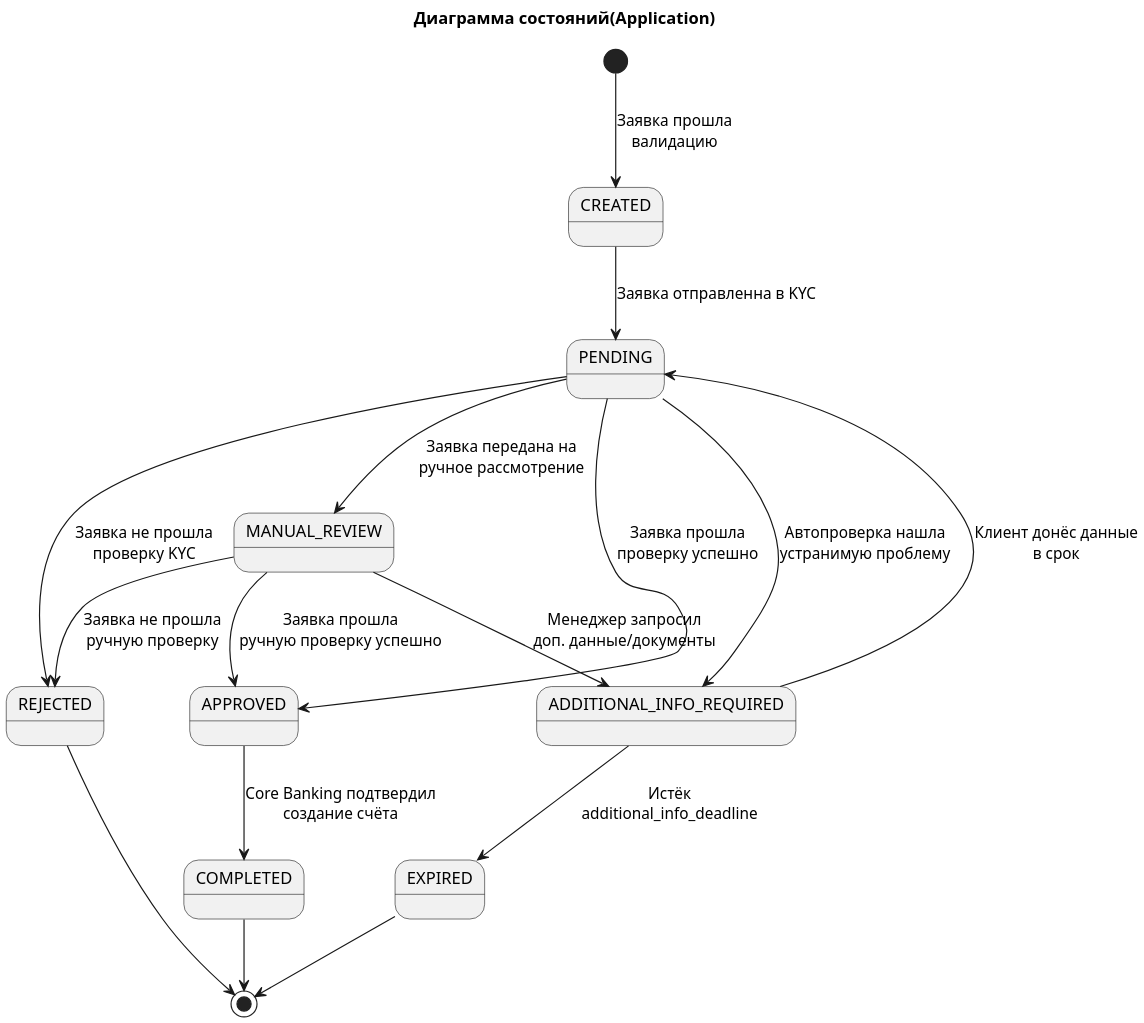
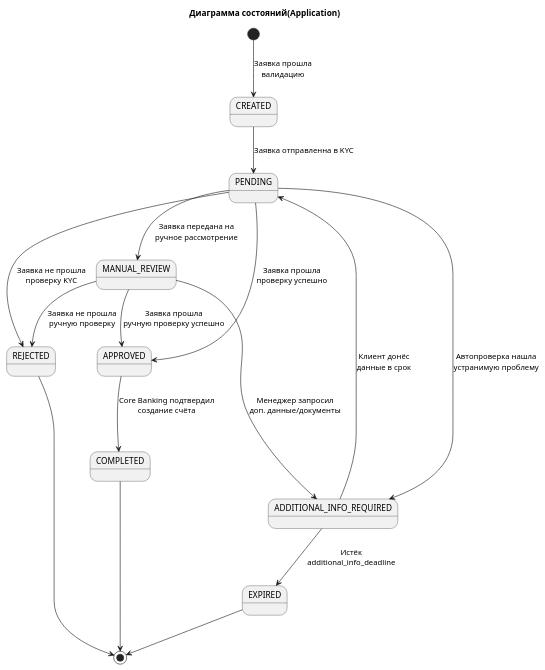
Before and after one commit to PulyaIvan/digital-client-onboarding: the diagram in diagrams/state/Диаграмма состояний(Application).puml, drawn with PlantUML. The commit also changed 16 other files, not shown here.

First line of the commit message:
feat: реализован механизм восстановления доступа через OTP, обновлена связанная схема БД

```diff
--- a/diagrams/state/Диаграмма состояний(Application).puml
+++ b/diagrams/state/Диаграмма состояний(Application).puml
@@ -1,19 +1,18 @@
 @startuml Диаграмма состояний(Application)
 title Диаграмма состояний(Application)
-scale 2
 [*] --> CREATED: Заявка прошла\nвалидацию
 CREATED --> PENDING: Заявка отправленна в KYC
 PENDING --> APPROVED: Заявка прошла\nпроверку успешно
 PENDING --> REJECTED: Заявка не прошла\nпроверку KYC
 PENDING --> MANUAL_REVIEW: Заявка передана на\nручное рассмотрение
-PENDING --> ADDITIONAL_INFO_REQUIRED: Автопроверка нашла\nустранимую проблему
+PENDING -----> ADDITIONAL_INFO_REQUIRED: Автопроверка нашла\nустранимую проблему
 APPROVED --> COMPLETED: Core Banking подтвердил\nсоздание счёта
 MANUAL_REVIEW --> APPROVED: Заявка прошла\nручную проверку успешно
 MANUAL_REVIEW --> REJECTED: Заявка не прошла\nручную проверку
 MANUAL_REVIEW --> ADDITIONAL_INFO_REQUIRED: Менеджер запросил\nдоп. данные/документы
-ADDITIONAL_INFO_REQUIRED --> PENDING: Клиент донёс данные\nв срок
 ADDITIONAL_INFO_REQUIRED --> EXPIRED: Истёк\nadditional_info_deadline
+ADDITIONAL_INFO_REQUIRED --> PENDING: Клиент донёс\nданные в срок
 COMPLETED --> [*]
 REJECTED --> [*]
 EXPIRED --> [*]
 @enduml
```
